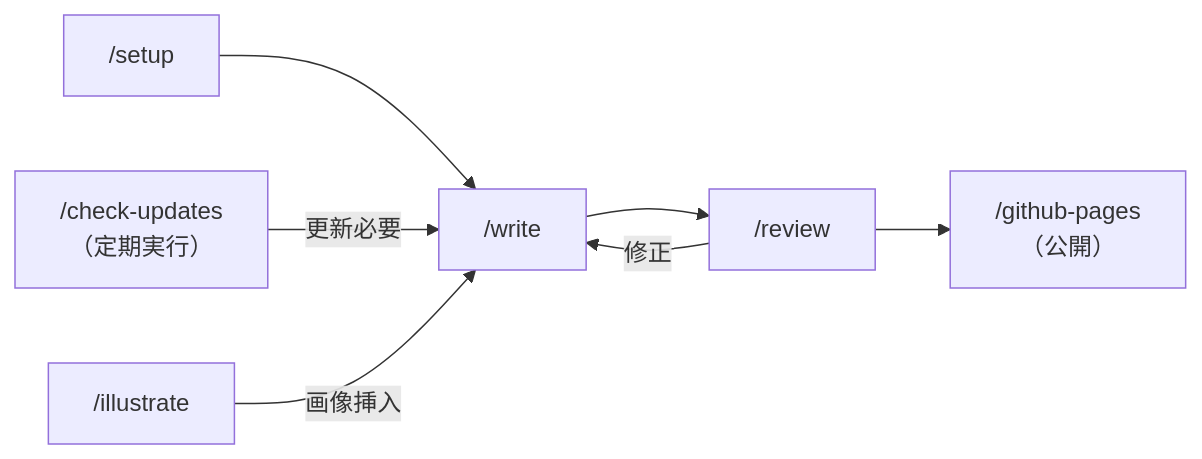
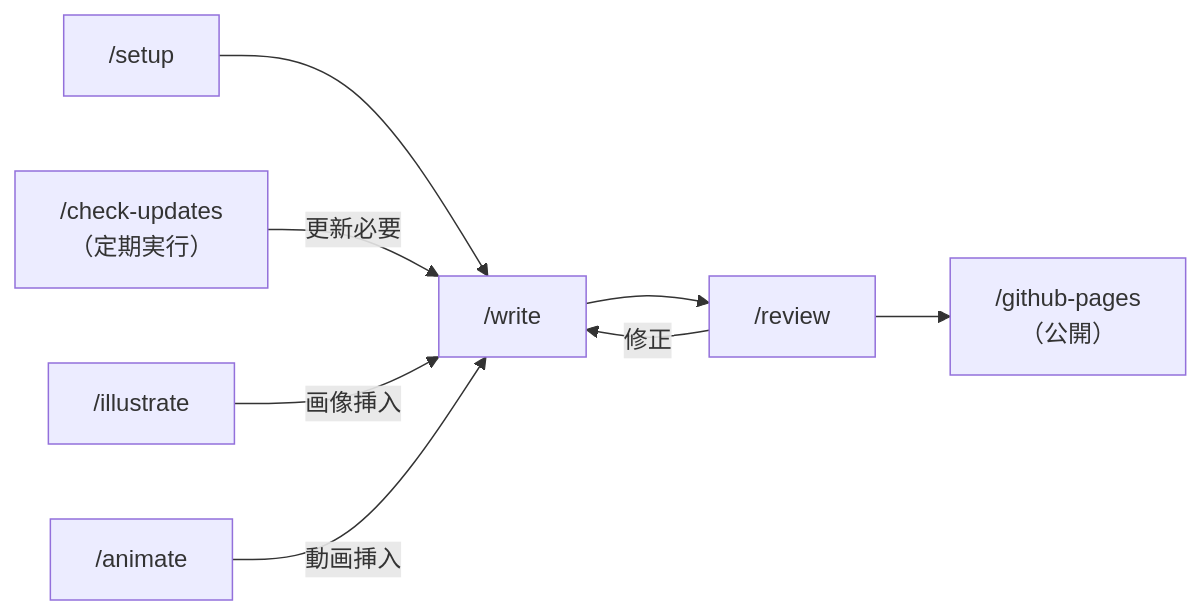
Before and after one commit to yotaro0616/curriculum-writer: the fourth of 4 diagrams in README.md, drawn with Mermaid. The commit also changed other lines of this file and 1 other file, not shown here.

First line of the commit message:
README・CLAUDE のスキル表に /animate を登録

````diff
--- a/README.md
+++ b/README.md
@@ -168,9 +183,10 @@
 ```mermaid
 flowchart LR
     setup["/setup"] --> write["/write"]
     write --> review["/review"]
     review -->|修正| write
     review --> publish["/github-pages\n（公開）"]
     check["/check-updates\n（定期実行）"] -->|更新必要| write
     illustrate["/illustrate"] -->|画像挿入| write
+    animate["/animate"] -->|動画挿入| write
 ```
````
